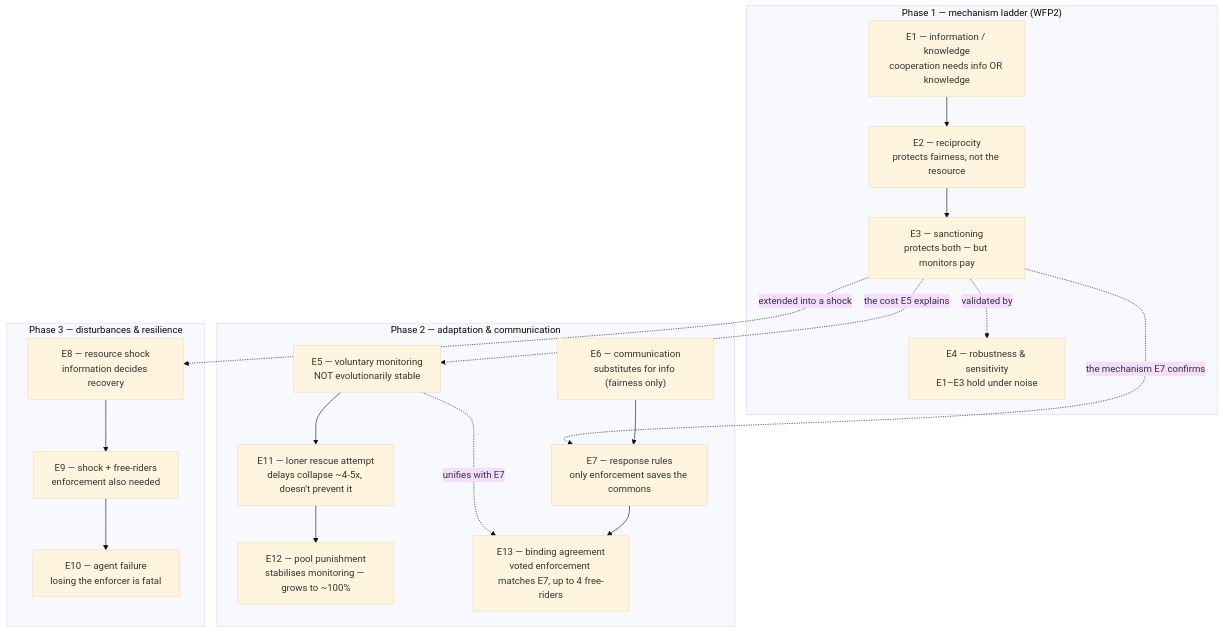
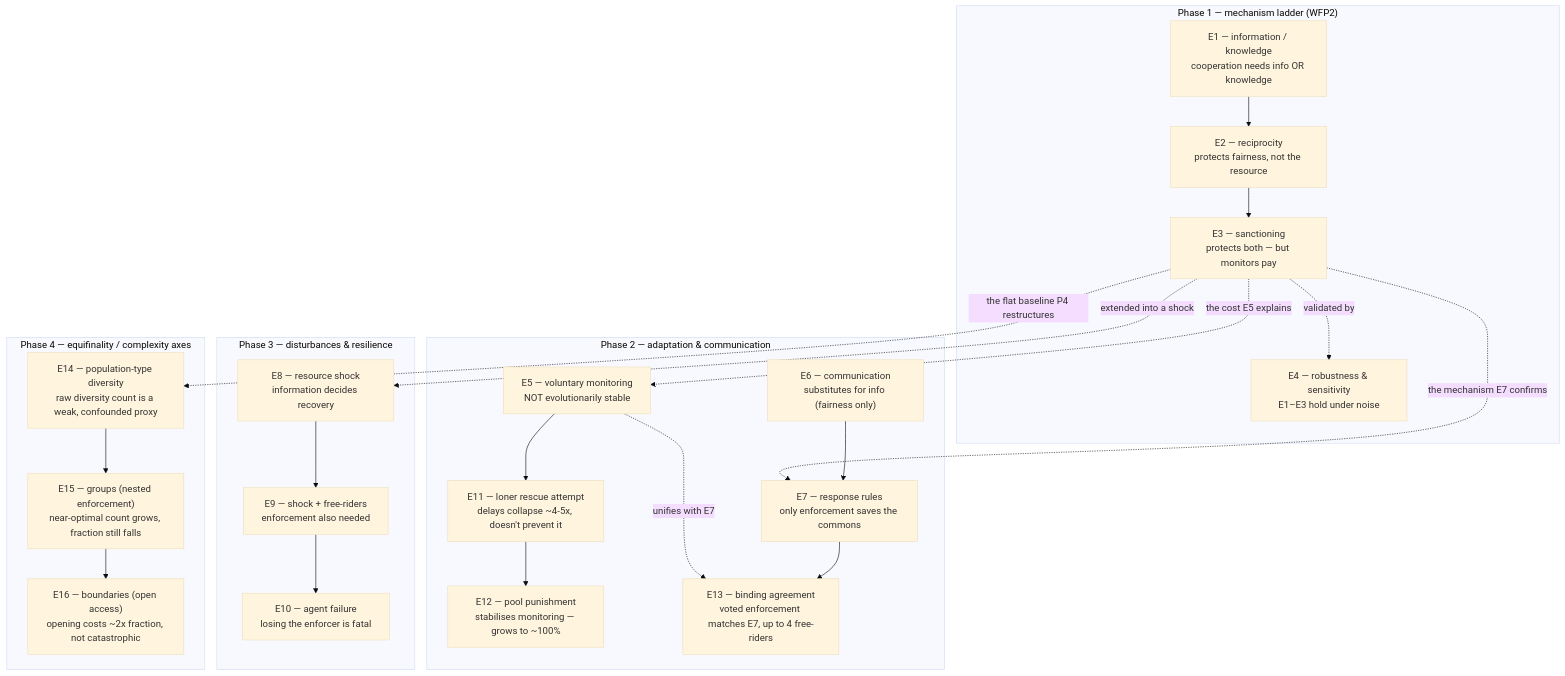
Before and after one commit to loonaarc/wfp2: the diagram in docs/findings-summary.md, drawn with Mermaid (base theme). The commit also changed other lines of this file and 13 other files, not shown here.

First line of the commit message:
Update documentation for experiments E1–E16, including findings and architectural decisions

````diff
--- a/docs/findings-summary.md
+++ b/docs/findings-summary.md
@@ -74,34 +77,42 @@
 ```mermaid
 flowchart TD
     subgraph P1["Phase 1 — mechanism ladder (WFP2)"]
         E1["E1 — information / knowledge<br/>cooperation needs info OR knowledge"]
         E2["E2 — reciprocity<br/>protects fairness, not the resource"]
         E3["E3 — sanctioning<br/>protects both — but monitors pay"]
         E4["E4 — robustness & sensitivity<br/>E1–E3 hold under noise"]
         E1 --> E2 --> E3
         E3 -.validated by.-> E4
     end
 
     subgraph P2["Phase 2 — adaptation & communication"]
         E5["E5 — voluntary monitoring<br/>NOT evolutionarily stable"]
         E11["E11 — loner rescue attempt<br/>delays collapse ~4-5x, doesn't prevent it"]
         E12["E12 — pool punishment<br/>stabilises monitoring — grows to ~100%"]
         E6["E6 — communication<br/>substitutes for info (fairness only)"]
         E7["E7 — response rules<br/>only enforcement saves the commons"]
         E13["E13 — binding agreement<br/>voted enforcement matches E7, up to 4 free-riders"]
         E5 --> E11 --> E12
         E6 --> E7 --> E13
         E5 -.unifies with E7.-> E13
     end
 
     subgraph P3["Phase 3 — disturbances & resilience"]
         E8["E8 — resource shock<br/>information decides recovery"]
         E9["E9 — shock + free-riders<br/>enforcement also needed"]
         E10["E10 — agent failure<br/>losing the enforcer is fatal"]
         E8 --> E9 --> E10
     end
 
+    subgraph P4["Phase 4 — equifinality / complexity axes"]
+        E14["E14 — population-type diversity<br/>raw diversity count is a weak, confounded proxy"]
+        E15["E15 — groups (nested enforcement)<br/>near-optimal count grows, fraction still falls"]
+        E16["E16 — boundaries (open access)<br/>opening costs ~2x fraction, not catastrophic"]
+        E14 --> E15 --> E16
+    end
+
     E3 -.the cost E5 explains.-> E5
     E3 -.the mechanism E7 confirms.-> E7
     E3 -.extended into a shock.-> E8
+    E3 -.the flat baseline P4 restructures.-> E14
 ```
````
